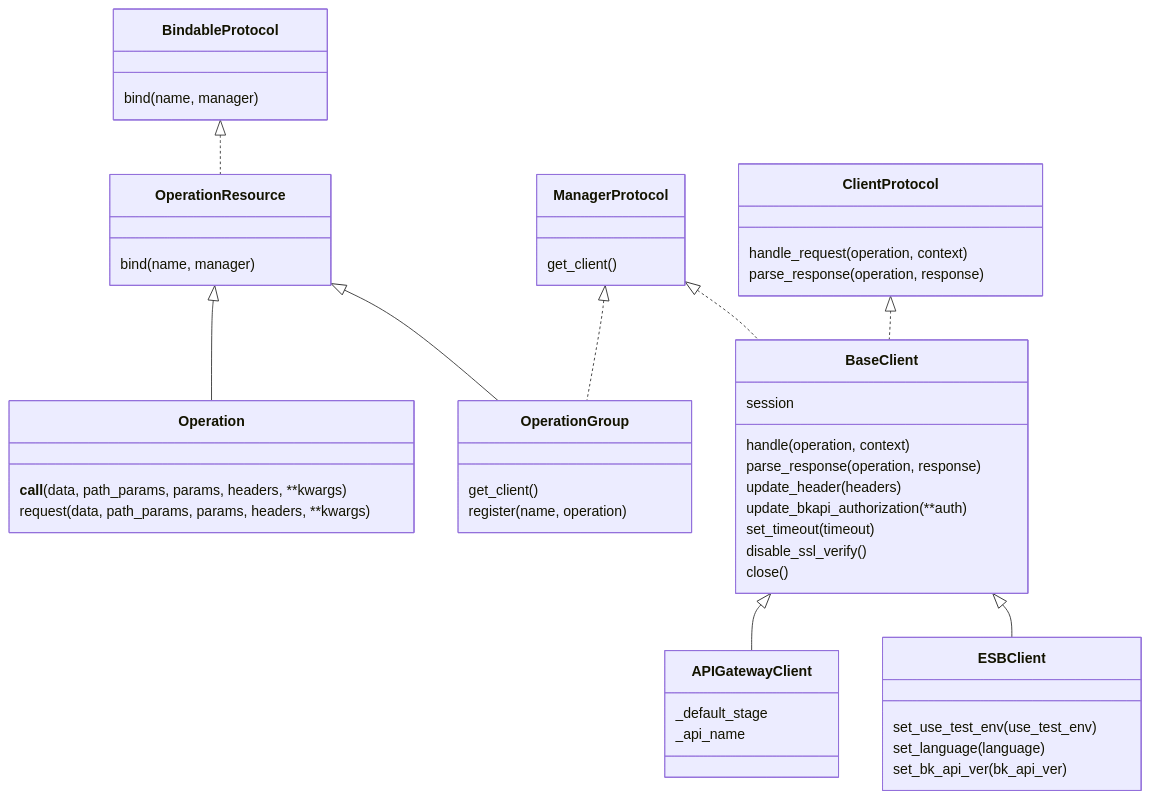
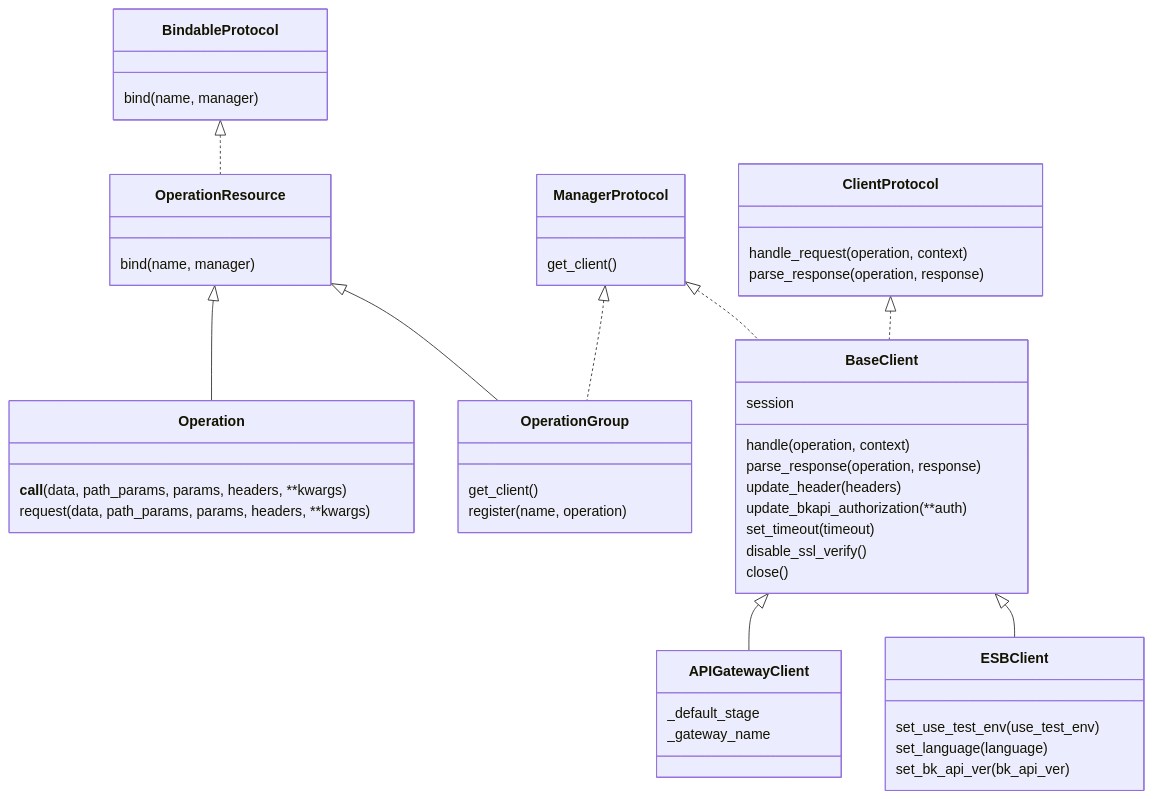
The diagram in sdks/bkapi-client-core/class_diagram.md (TencentBlueKing/bkpaas-python-sdk), drawn with Mermaid before and after one commit. The commit also changed 46 other files, not shown here.

Commit message:
Change to gateway name (#137)

````diff
--- a/sdks/bkapi-client-core/class_diagram.md
+++ b/sdks/bkapi-client-core/class_diagram.md
@@ -1,67 +1,67 @@
 ```mermaid
 classDiagram
 
 class BindableProtocol {
 	bind(name, manager)
 }
 
 class ClientProtocol {
 	handle_request(operation, context)
 	parse_response(operation, response)
 }
 
 class ManagerProtocol {
 	get_client()
 }
 
 class OperationResource {
 	bind(name, manager)
 }
 
 BindableProtocol <|.. OperationResource
 
 class Operation {
 	__call__(data, path_params, params, headers, **kwargs)
 	request(data, path_params, params, headers, **kwargs)
 }
 
 OperationResource <|-- Operation
 
 class OperationGroup {
 	get_client()
 	register(name, operation)
 }
 
 ManagerProtocol <|.. OperationGroup
 OperationResource <|-- OperationGroup
 
 class BaseClient {
 	session
 
 	handle(operation, context)
 	parse_response(operation, response)
 	update_header(headers)
     update_bkapi_authorization(**auth)
 	set_timeout(timeout)
 	disable_ssl_verify()
 	close()
 }
 
 ClientProtocol <|.. BaseClient
 ManagerProtocol <|.. BaseClient
 
 class APIGatewayClient {
 	_default_stage
-	_api_name
+	_gateway_name
 }
 
 BaseClient <|-- APIGatewayClient
 
 class ESBClient {
 	set_use_test_env(use_test_env)
 	set_language(language)
 	set_bk_api_ver(bk_api_ver)
 }
 
 BaseClient <|-- ESBClient
 ```
````
